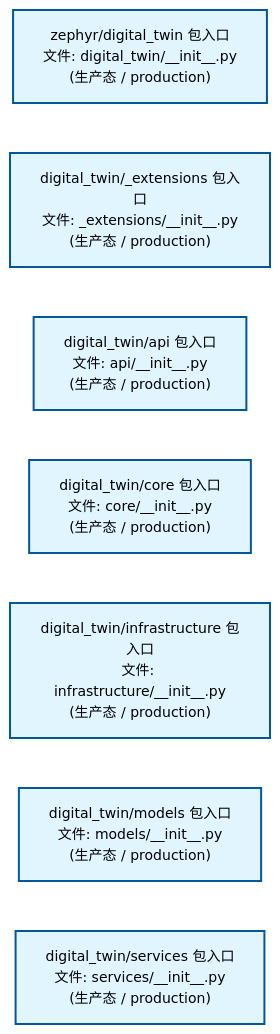
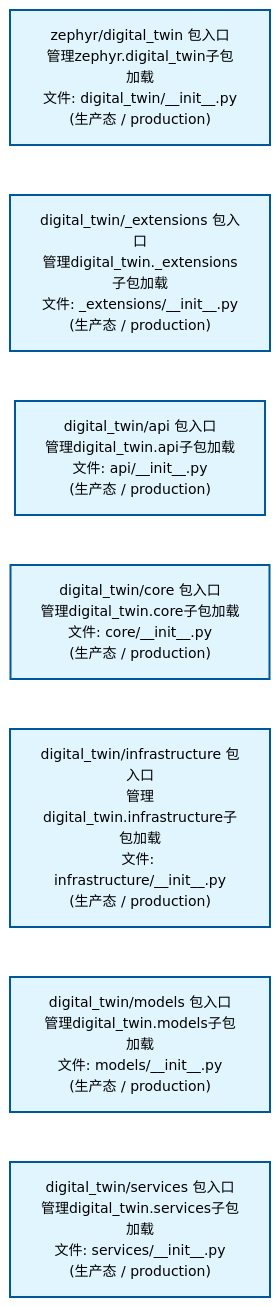
The first of 2 diagrams in docs/02_enterprise_architecture/02_domain_architecture_docs/42_d_digital_twin.md (xuanFelixVan/ZephyrAlpha), drawn with Mermaid before and after one commit. The commit also changed other lines of this file and 61 other files, not shown here.

````diff
--- a/docs/02_enterprise_architecture/02_domain_architecture_docs/42_d_digital_twin.md
+++ b/docs/02_enterprise_architecture/02_domain_architecture_docs/42_d_digital_twin.md
@@ -53,22 +53,22 @@
 ```mermaid
 %%{init: {'theme': 'base', 'themeVariables': {'primaryColor': '#eaeaea', 'primaryTextColor': '#333333', 'primaryBorderColor': '#666666', 'lineColor': '#666666', 'secondaryColor': '#eaeaea', 'tertiaryColor': '#eaeaea', 'fontSize': '14px'}}}%%
 flowchart TD
-    src_zephyr_digital_twin_init_py["zephyr/digital_twin 包入口<br/>文件: digital_twin/__init__.py<br/>(生产态 / production)"]
-    src_zephyr_digital_twin_extensions_init_py["digital_twin/_extensions 包入口<br/>文件: _extensions/__init__.py<br/>(生产态 / production)"]
-    src_zephyr_digital_twin_api_init_py["digital_twin/api 包入口<br/>文件: api/__init__.py<br/>(生产态 / production)"]
-    src_zephyr_digital_twin_core_init_py["digital_twin/core 包入口<br/>文件: core/__init__.py<br/>(生产态 / production)"]
-    src_zephyr_digital_twin_infrastructure_init_py["digital_twin/infrastructure 包入口<br/>文件: infrastructure/__init__.py<br/>(生产态 / production)"]
-    src_zephyr_digital_twin_models_init_py["digital_twin/models 包入口<br/>文件: models/__init__.py<br/>(生产态 / production)"]
-    src_zephyr_digital_twin_services_init_py["digital_twin/services 包入口<br/>文件: services/__init__.py<br/>(生产态 / production)"]
+    src_zephyr_digital_twin_init_py["zephyr/digital_twin 包入口<br/>管理zephyr.digital_twin子包加载<br/>文件: digital_twin/__init__.py<br/>(生产态 / production)"]
+    src_zephyr_digital_twin_extensions_init_py["digital_twin/_extensions 包入口<br/>管理digital_twin._extensions子包加载<br/>文件: _extensions/__init__.py<br/>(生产态 / production)"]
+    src_zephyr_digital_twin_api_init_py["digital_twin/api 包入口<br/>管理digital_twin.api子包加载<br/>文件: api/__init__.py<br/>(生产态 / production)"]
+    src_zephyr_digital_twin_core_init_py["digital_twin/core 包入口<br/>管理digital_twin.core子包加载<br/>文件: core/__init__.py<br/>(生产态 / production)"]
+    src_zephyr_digital_twin_infrastructure_init_py["digital_twin/infrastructure 包入口<br/>管理digital_twin.infrastructure子包加载<br/>文件: infrastructure/__init__.py<br/>(生产态 / production)"]
+    src_zephyr_digital_twin_models_init_py["digital_twin/models 包入口<br/>管理digital_twin.models子包加载<br/>文件: models/__init__.py<br/>(生产态 / production)"]
+    src_zephyr_digital_twin_services_init_py["digital_twin/services 包入口<br/>管理digital_twin.services子包加载<br/>文件: services/__init__.py<br/>(生产态 / production)"]
     src_zephyr_digital_twin_init_py ~~~ src_zephyr_digital_twin_extensions_init_py
     src_zephyr_digital_twin_extensions_init_py ~~~ src_zephyr_digital_twin_api_init_py
     src_zephyr_digital_twin_api_init_py ~~~ src_zephyr_digital_twin_core_init_py
     src_zephyr_digital_twin_core_init_py ~~~ src_zephyr_digital_twin_infrastructure_init_py
     src_zephyr_digital_twin_infrastructure_init_py ~~~ src_zephyr_digital_twin_models_init_py
     src_zephyr_digital_twin_models_init_py ~~~ src_zephyr_digital_twin_services_init_py
     classDef production fill:#e1f5fe,stroke:#01579b,stroke-width:2px,color:#000
     classDef design fill:#fff3e0,stroke:#e65100,stroke-width:2px,color:#000,stroke-dasharray: 5 5
     classDef external_prod fill:#e8f4fd,stroke:#0277bd,stroke-width:1px,color:#000
     classDef external_design fill:#fff8e7,stroke:#ef6c00,stroke-width:1px,color:#000,stroke-dasharray: 5 5
     class src_zephyr_digital_twin_init_py,src_zephyr_digital_twin_extensions_init_py,src_zephyr_digital_twin_api_init_py,src_zephyr_digital_twin_core_init_py,src_zephyr_digital_twin_infrastructure_init_py,src_zephyr_digital_twin_models_init_py,src_zephyr_digital_twin_services_init_py production
 ```
````
